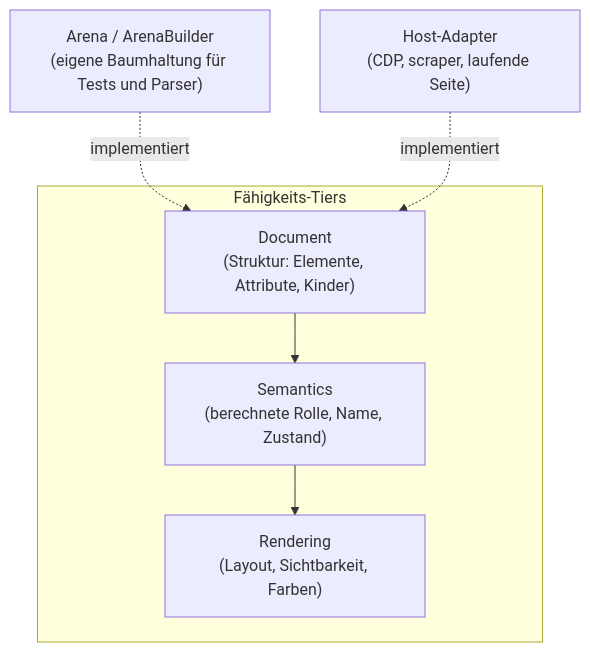
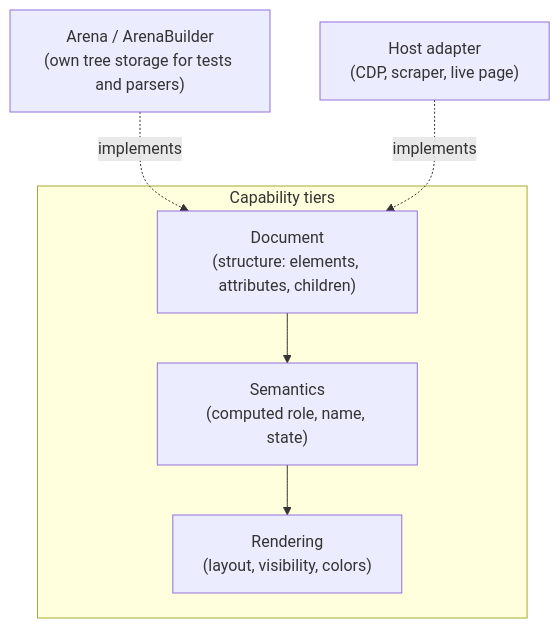
The diagram in docs/packages/a11y-dom.md (casoon/barrierlab), drawn with Mermaid before and after one commit. The commit also changed other lines of this file and 25 other files, not shown here.

````diff
--- a/docs/packages/a11y-dom.md
+++ b/docs/packages/a11y-dom.md
@@ -18,11 +18,11 @@
 ```mermaid
 flowchart TB
-  subgraph tiers["Fähigkeits-Tiers"]
-    d["Document\n(Struktur: Elemente, Attribute, Kinder)"]
-    s["Semantics\n(berechnete Rolle, Name, Zustand)"]
-    r["Rendering\n(Layout, Sichtbarkeit, Farben)"]
+  subgraph tiers["Capability tiers"]
+    d["Document\n(structure: elements, attributes, children)"]
+    s["Semantics\n(computed role, name, state)"]
+    r["Rendering\n(layout, visibility, colors)"]
   end
   d --> s --> r
-  arena["Arena / ArenaBuilder\n(eigene Baumhaltung für Tests und Parser)"] -.implementiert.-> d
-  host["Host-Adapter\n(CDP, scraper, laufende Seite)"] -.implementiert.-> d
+  arena["Arena / ArenaBuilder\n(own tree storage for tests and parsers)"] -.implements.-> d
+  host["Host adapter\n(CDP, scraper, live page)"] -.implements.-> d
 ```
````
